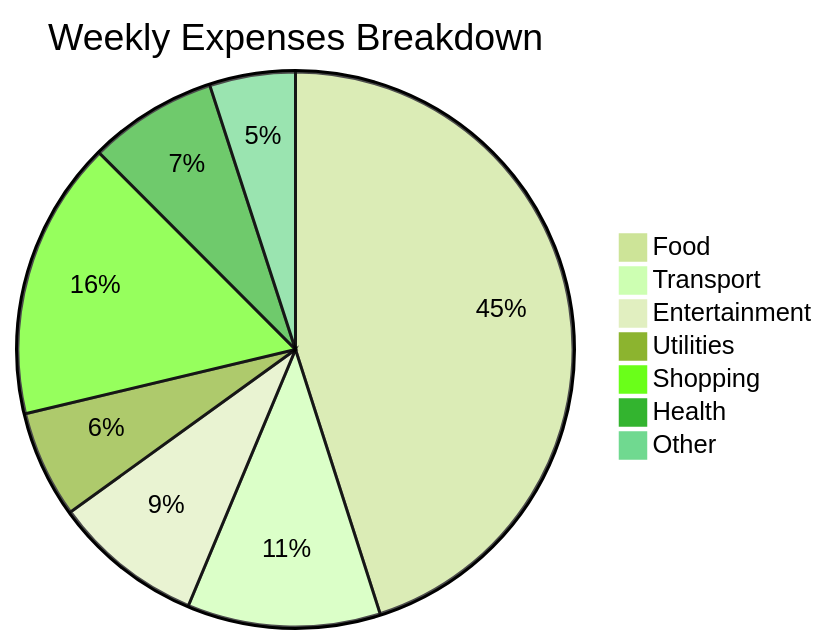
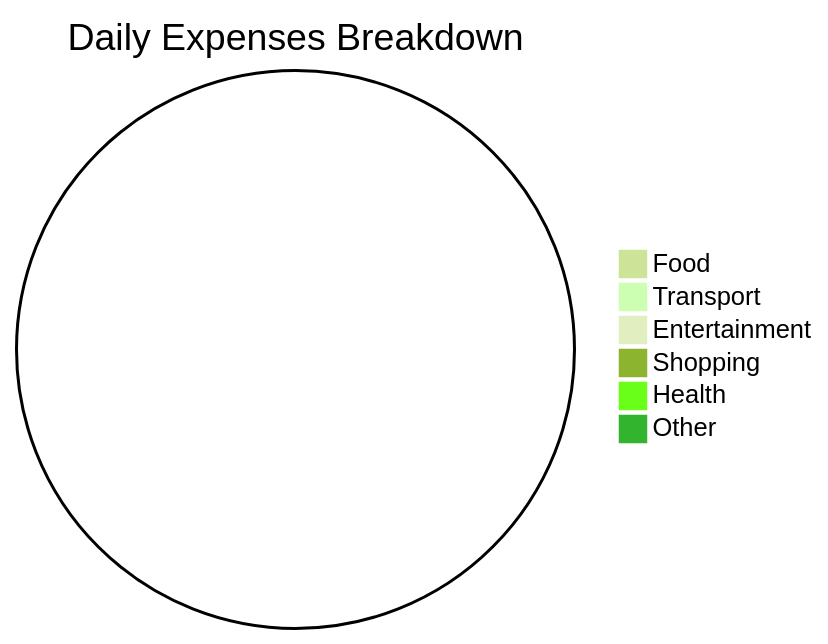
Before and after one commit to g0dmax55/fg: the diagram in README.md, drawn with Mermaid (forest theme). The commit also changed other lines of this file, not shown here.

First line of the commit message:
Revise daily life tracker format and content

````diff
--- a/README.md
+++ b/README.md
@@ -110,10 +34,9 @@
 ```mermaid
-pie title Weekly Expenses Breakdown
-    "Food" : 180.50
-    "Transport" : 45.00
-    "Entertainment" : 35.00
-    "Utilities" : 25.00
-    "Shopping" : 65.00
-    "Health" : 30.00
-    "Other" : 20.00
+pie title Daily Expenses Breakdown
+    "Food" : 0
+    "Transport" : 0
+    "Entertainment" : 0
+    "Shopping" : 0
+    "Health" : 0
+    "Other" : 0
 ```
````
